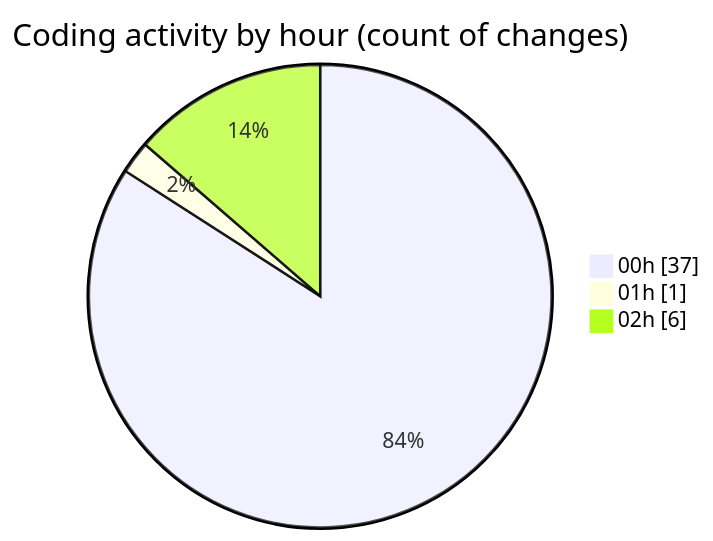
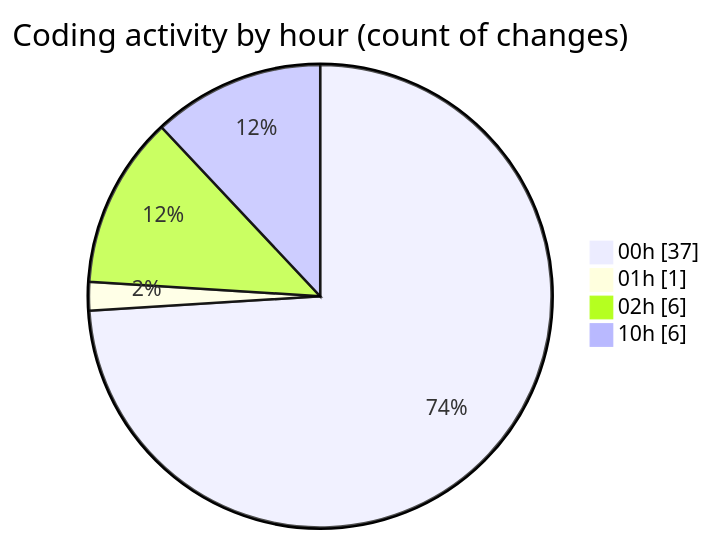
The second of 2 diagrams in 2025-11-20/eventscop-frontend-guide__workspace_/README.md (julien-gomy/code-tracking), drawn with Mermaid before and after one commit. The commit also changed other lines of this file and 1 other file, not shown here.

````diff
--- a/2025-11-20/eventscop-frontend-guide__workspace_/README.md
+++ b/2025-11-20/eventscop-frontend-guide__workspace_/README.md
@@ -44,7 +44,8 @@
 ```mermaid
 pie showData
 title Coding activity by hour (count of changes)
 "00h" : 37
 "01h" : 1
 "02h" : 6
+"10h" : 6
 ```
````
